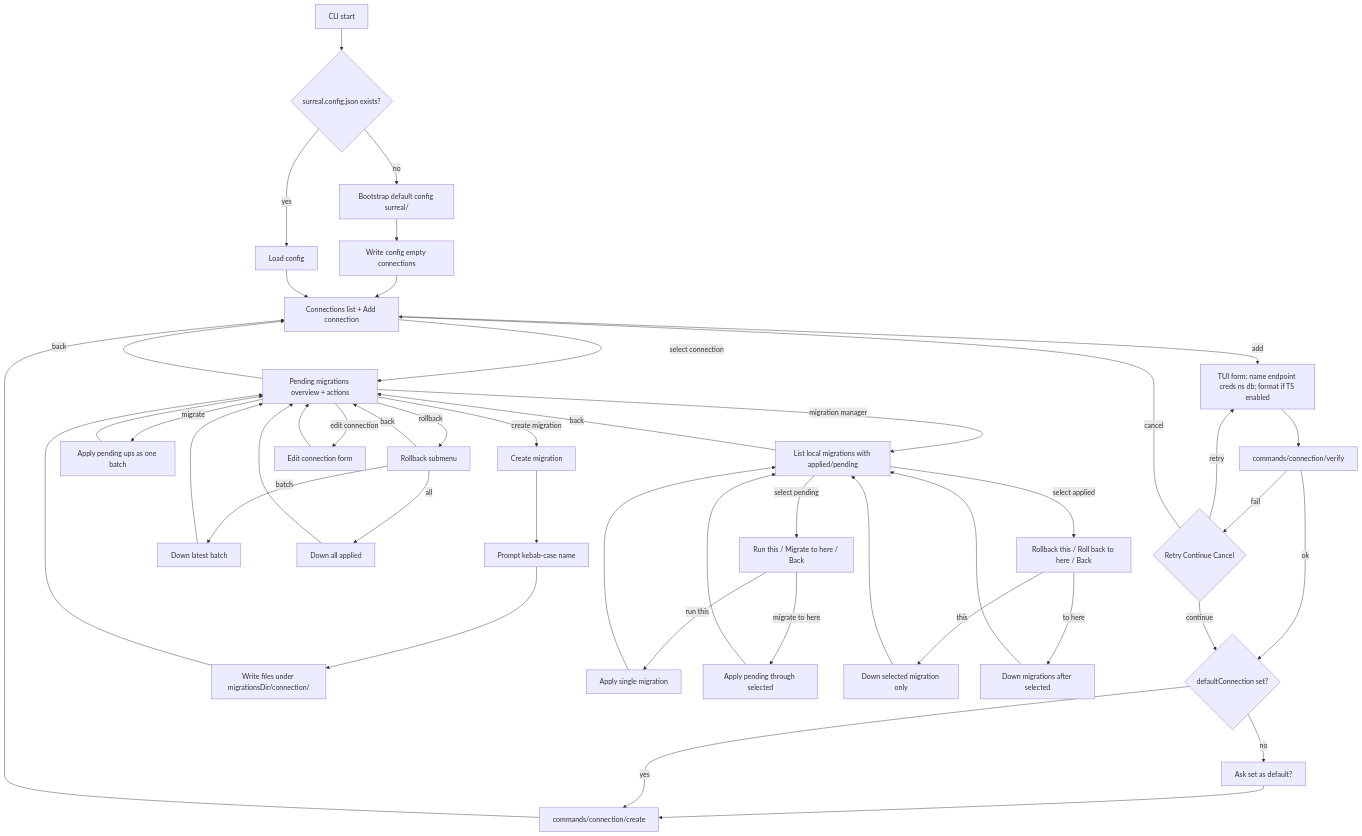
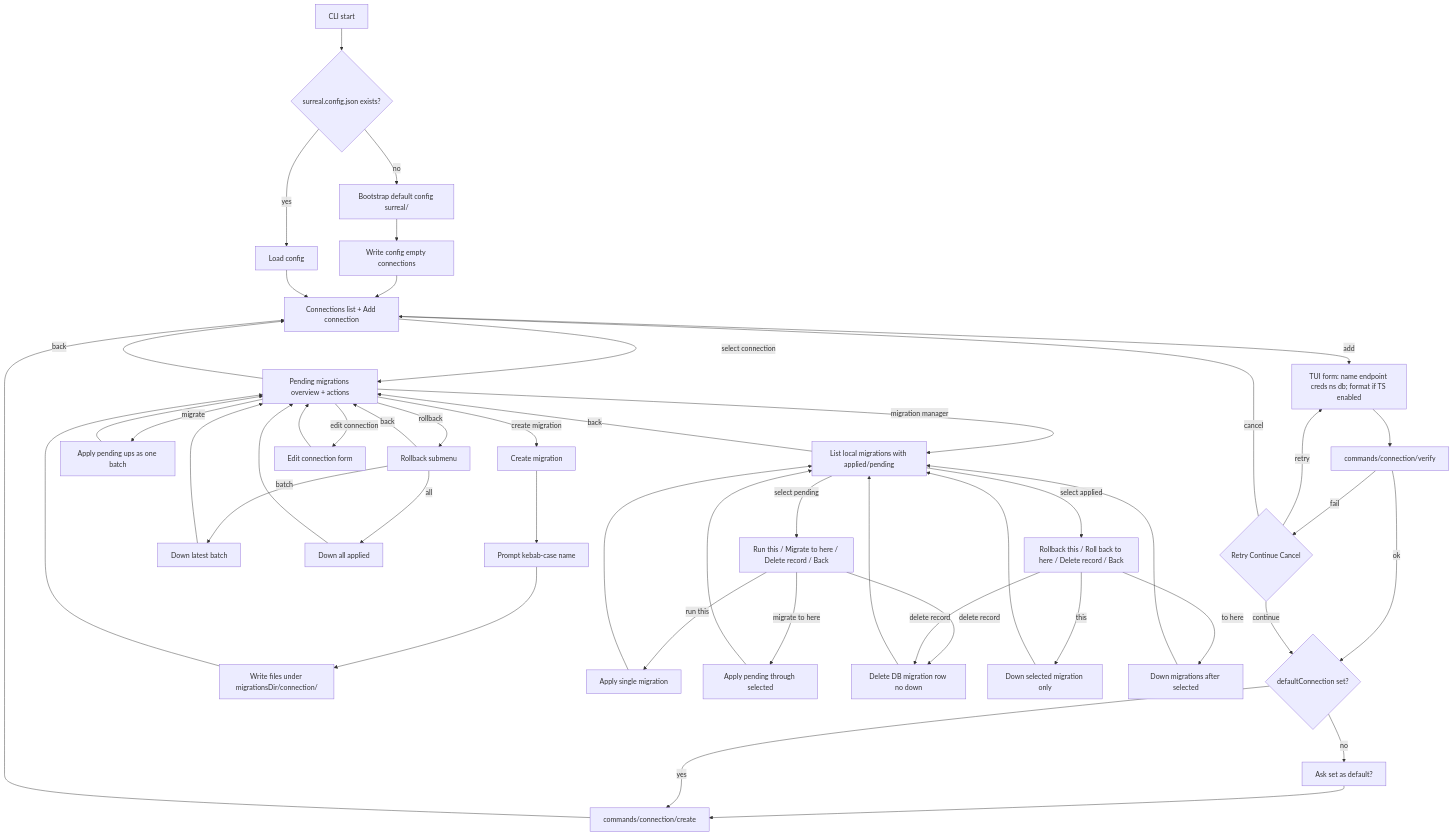
The diagram in docs/flow.md (sneakylenny/surreal-migrator), drawn with Mermaid before and after one commit. The commit also changed 6 other files, not shown here.

First line of the commit message:
feat: enhance migration management with delete record functionality

````diff
--- a/docs/flow.md
+++ b/docs/flow.md
@@ -3,48 +3,51 @@
 ```mermaid
 flowchart TD
   start[CLI start] --> hasConfig{surreal.config.json exists?}
   hasConfig -->|no| setup[Bootstrap default config surreal/]
   setup --> saveConfig["Write config empty connections"]
   hasConfig -->|yes| loadConfig[Load config]
   saveConfig --> connectionsMenu
   loadConfig --> connectionsMenu[Connections list + Add connection]
   connectionsMenu -->|select connection| connectionMenu[Pending migrations overview + actions]
   connectionsMenu -->|add| addConn["TUI form: name endpoint creds ns db; format if TS enabled"]
   addConn --> verify[commands/connection/verify]
   verify -->|ok| askDefault{defaultConnection set?}
   verify -->|fail| retryOrContinue{Retry Continue Cancel}
   retryOrContinue -->|retry| addConn
   retryOrContinue -->|continue| askDefault
   retryOrContinue -->|cancel| connectionsMenu
   askDefault -->|no| makeDefault["Ask set as default?"]
   makeDefault --> createCmd[commands/connection/create]
   askDefault -->|yes| createCmd
   createCmd --> connectionsMenu
   connectionMenu -->|create migration| createMig[Create migration]
   createMig --> namePrompt["Prompt kebab-case name"]
   namePrompt --> writeFiles["Write files under migrationsDir/connection/"]
   writeFiles --> connectionMenu
   connectionMenu -->|migrate| migrateUp["Apply pending ups as one batch"]
   connectionMenu -->|rollback| rollbackMenu[Rollback submenu]
   rollbackMenu -->|batch| rollbackBatch["Down latest batch"]
   rollbackMenu -->|all| rollbackAll["Down all applied"]
   rollbackMenu -->|back| connectionMenu
   connectionMenu -->|migration manager| managerList["List local migrations with applied/pending"]
-  managerList -->|select pending| pendingMenu["Run this / Migrate to here / Back"]
+  managerList -->|select pending| pendingMenu["Run this / Migrate to here / Delete record / Back"]
   pendingMenu -->|run this| migrateOne["Apply single migration"]
   pendingMenu -->|migrate to here| migrateThrough["Apply pending through selected"]
-  managerList -->|select applied| appliedMenu["Rollback this / Roll back to here / Back"]
+  pendingMenu -->|delete record| deleteRecord["Delete DB migration row no down"]
+  managerList -->|select applied| appliedMenu["Rollback this / Roll back to here / Delete record / Back"]
   appliedMenu -->|this| rollbackOne["Down selected migration only"]
   appliedMenu -->|to here| rollbackAfter["Down migrations after selected"]
+  appliedMenu -->|delete record| deleteRecord
   migrateUp --> connectionMenu
   rollbackBatch --> connectionMenu
   rollbackAll --> connectionMenu
   migrateOne --> managerList
   migrateThrough --> managerList
   rollbackAfter --> managerList
   rollbackOne --> managerList
+  deleteRecord --> managerList
   managerList -->|back| connectionMenu
   connectionMenu -->|edit connection| editConn[Edit connection form]
   editConn --> connectionMenu
   connectionMenu -->|back| connectionsMenu
 ```
````
